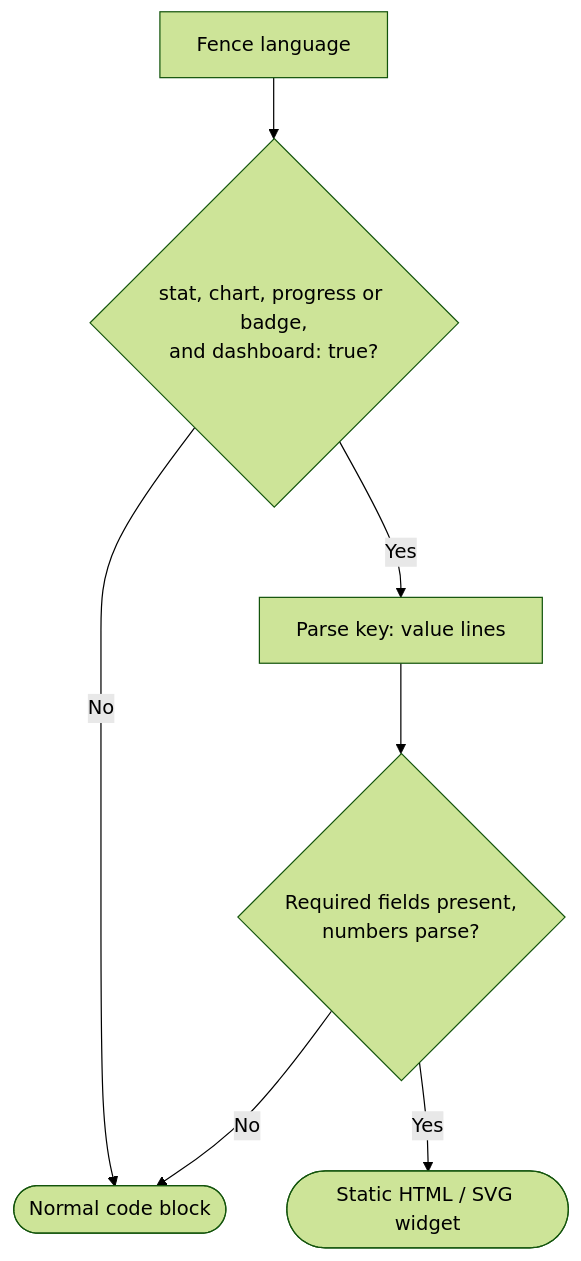
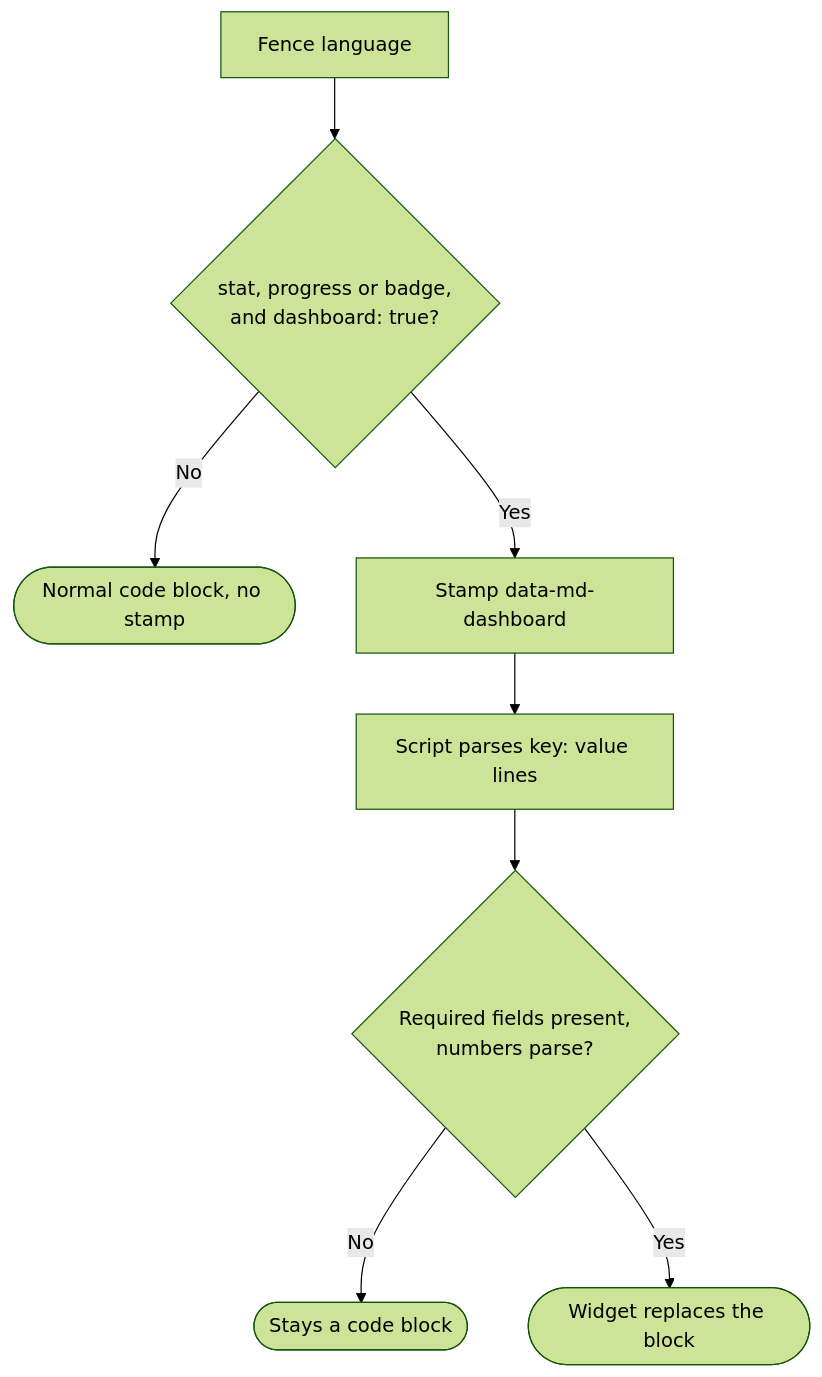
One commit to bluzky/daisy-app changed the fourth of 4 diagrams in docs/features/markdown-dashboard.md. Above: the diagram before and after it, drawn with Mermaid (forest theme). The commit also changed other lines of this file and 18 other files, not shown here.

````diff
--- a/docs/features/markdown-dashboard.md
+++ b/docs/features/markdown-dashboard.md
@@ -140,9 +158,10 @@
 ```mermaid
 flowchart TD
-    A["Fence language"] --> B{"stat, chart, progress or badge,<br/>and dashboard: true?"}
-    B -- No --> C(["Normal code block"])
-    B -- Yes --> D["Parse key: value lines"]
-    D --> E{"Required fields present,<br/>numbers parse?"}
-    E -- No --> C
-    E -- Yes --> F(["Static HTML / SVG widget"])
+    A["Fence language"] --> B{"stat, progress or badge,<br/>and dashboard: true?"}
+    B -- No --> C(["Normal code block, no stamp"])
+    B -- Yes --> D["Stamp data-md-dashboard"]
+    D --> E["Script parses key: value lines"]
+    E --> F{"Required fields present,<br/>numbers parse?"}
+    F -- No --> G(["Stays a code block"])
+    F -- Yes --> H(["Widget replaces the block"])
 ```
````
